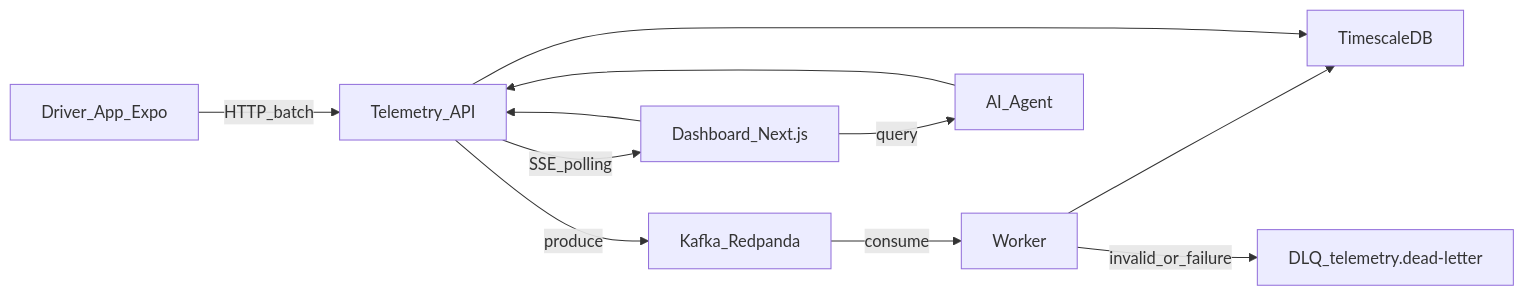
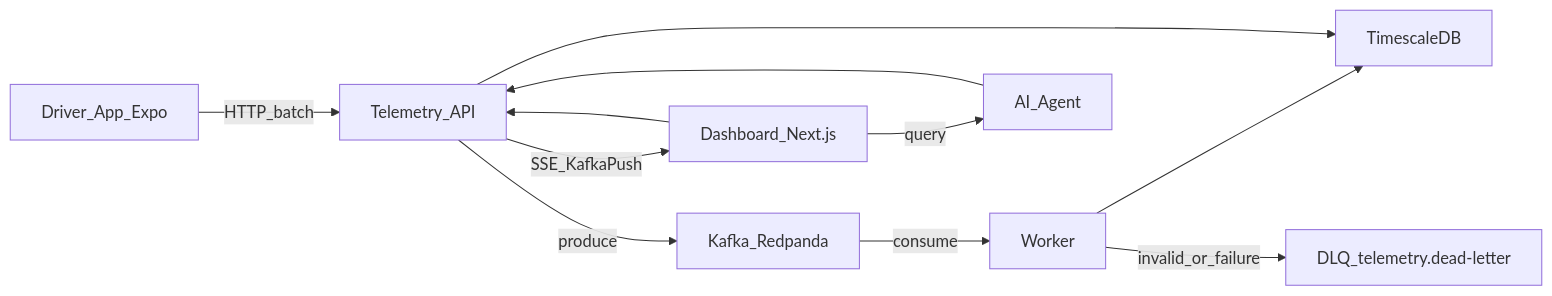
The diagram in docs/demo-sustentacion.md (AlejoLobo/fleet-telemetry-platform), drawn with Mermaid before and after one commit. The commit also changed other lines of this file and 9 other files, not shown here.

````diff
--- a/docs/demo-sustentacion.md
+++ b/docs/demo-sustentacion.md
@@ -13,13 +13,13 @@
 ```mermaid
 flowchart LR
   Driver[Driver_App_Expo] -->|HTTP_batch| Api[Telemetry_API]
   Api -->|produce| Kafka[Kafka_Redpanda]
   Kafka -->|consume| Worker[Worker]
   Worker --> Ts[TimescaleDB]
   Worker -->|invalid_or_failure| Dlq[DLQ_telemetry.dead-letter]
   Api --> Ts
-  Api -->|SSE_polling| Dash[Dashboard_Next.js]
+  Api -->|SSE_KafkaPush| Dash[Dashboard_Next.js]
   Dash --> Api
   Dash -->|query| Ai[AI_Agent]
   Ai --> Api
 ```
````
